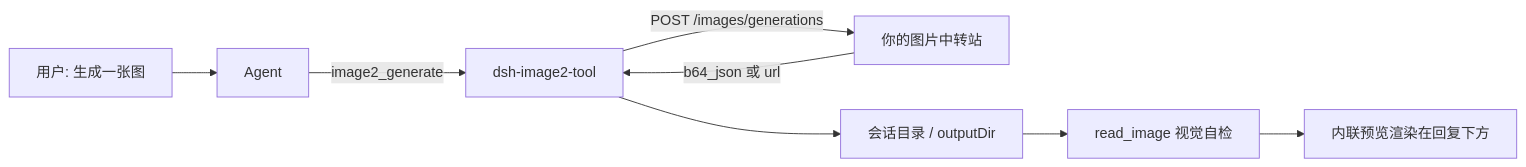
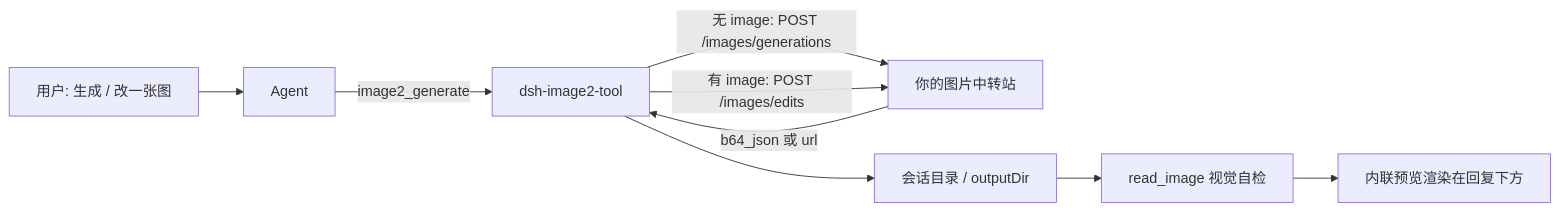
The diagram in README.md (544244857/dsh-image2-plugin), drawn with Mermaid before and after one commit. The commit also changed other lines of this file and 5 other files, not shown here.

First line of the commit message:
feat: 0.4.0 — 图生图（/images/edits）、aspectRatio、responseFormat 配置

````diff
--- a/README.md
+++ b/README.md
@@ -147,10 +180,11 @@
 ```mermaid
 flowchart LR
-  U[用户: 生成一张图] --> A[Agent]
+  U[用户: 生成 / 改一张图] --> A[Agent]
   A -->|image2_generate| T[dsh-image2-tool]
-  T -->|POST /images/generations| R[你的图片中转站]
+  T -->|无 image: POST /images/generations| R[你的图片中转站]
+  T -->|有 image: POST /images/edits| R
   R -->|b64_json 或 url| T
   T --> F[会话目录 / outputDir]
   F --> V[read_image 视觉自检]
   V --> P[内联预览渲染在回复下方]
 ```
````
